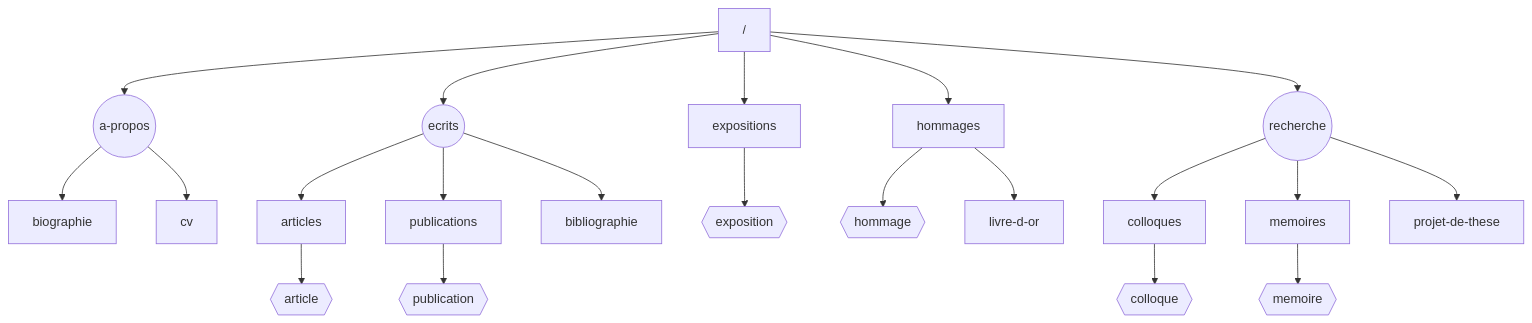
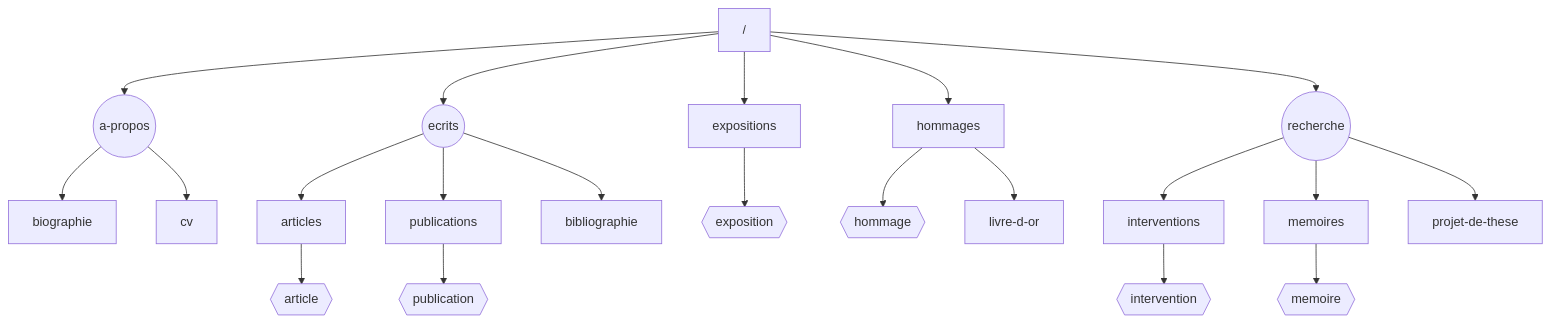
Before and after one commit to vanessanoizetsite-sys/vanessa-noizet-dot-com: the diagram in README.md, drawn with Mermaid. The commit also changed other lines of this file and 6 other files, not shown here.

Commit message:
fix: rename colloques -> interventions

````diff
--- a/README.md
+++ b/README.md
@@ -37,28 +37,28 @@
 ```mermaid
 graph TD
     A["/"] --> B(("a-propos"))
     A --> C(("ecrits"))
     A --> D["expositions"]
     A --> E["hommages"]
     A --> F(("recherche"))
 
     B --> B1["biographie"]
     B --> B2["cv"]
 
     C --> C1["articles"]
     C --> C2["publications"]
     C --> C3["bibliographie"]
     C1 --> C1b{{"article"}}
     C2 --> C2b{{"publication"}}
 
     D --> D2{{"exposition"}}
 
     E --> E2{{"hommage"}}
     E --> E3["livre-d-or"]
 
-    F --> F1["colloques"]
+    F --> F1["interventions"]
     F --> F2["memoires"]
     F --> F3["projet-de-these"]
-    F1 --> F1b{{"colloque"}}
+    F1 --> F1b{{"intervention"}}
     F2 --> F2b{{"memoire"}}
 ```
````
